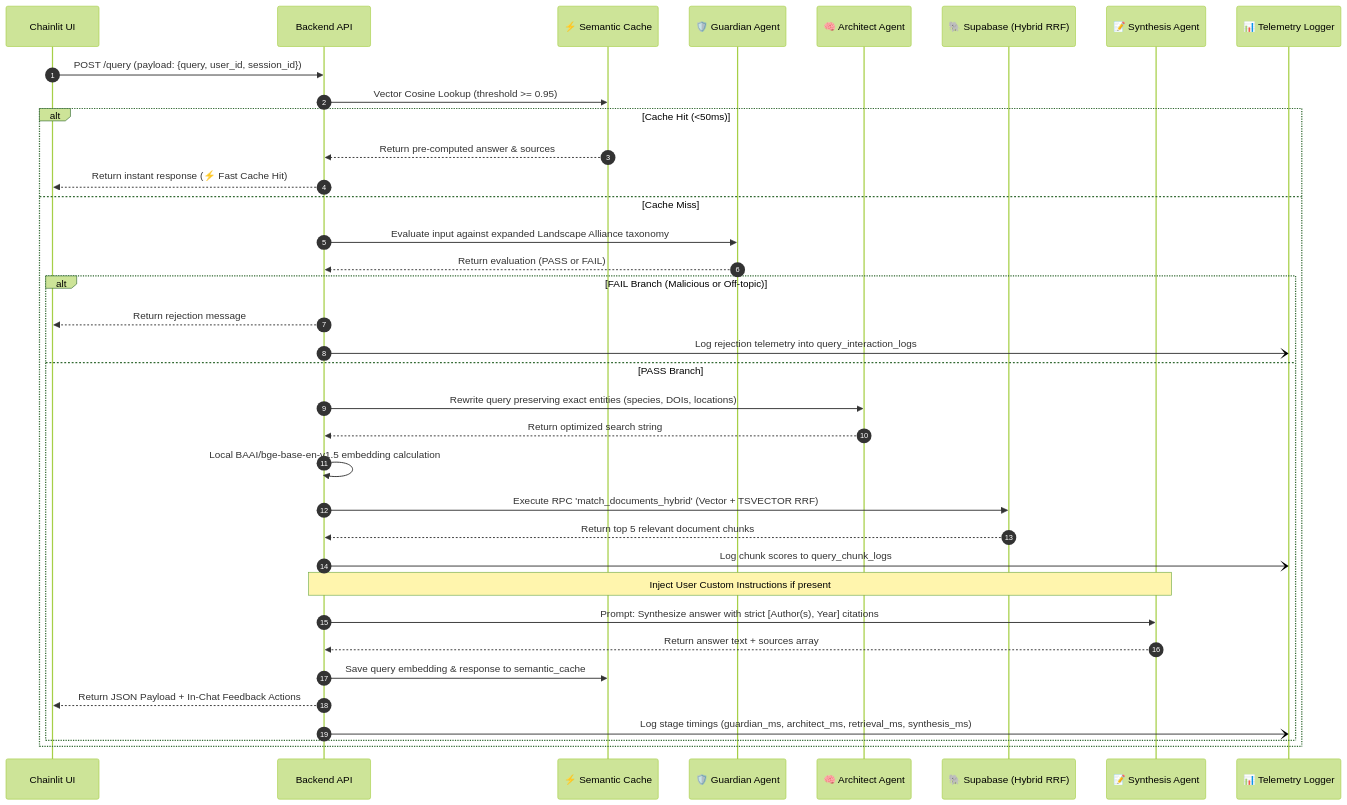
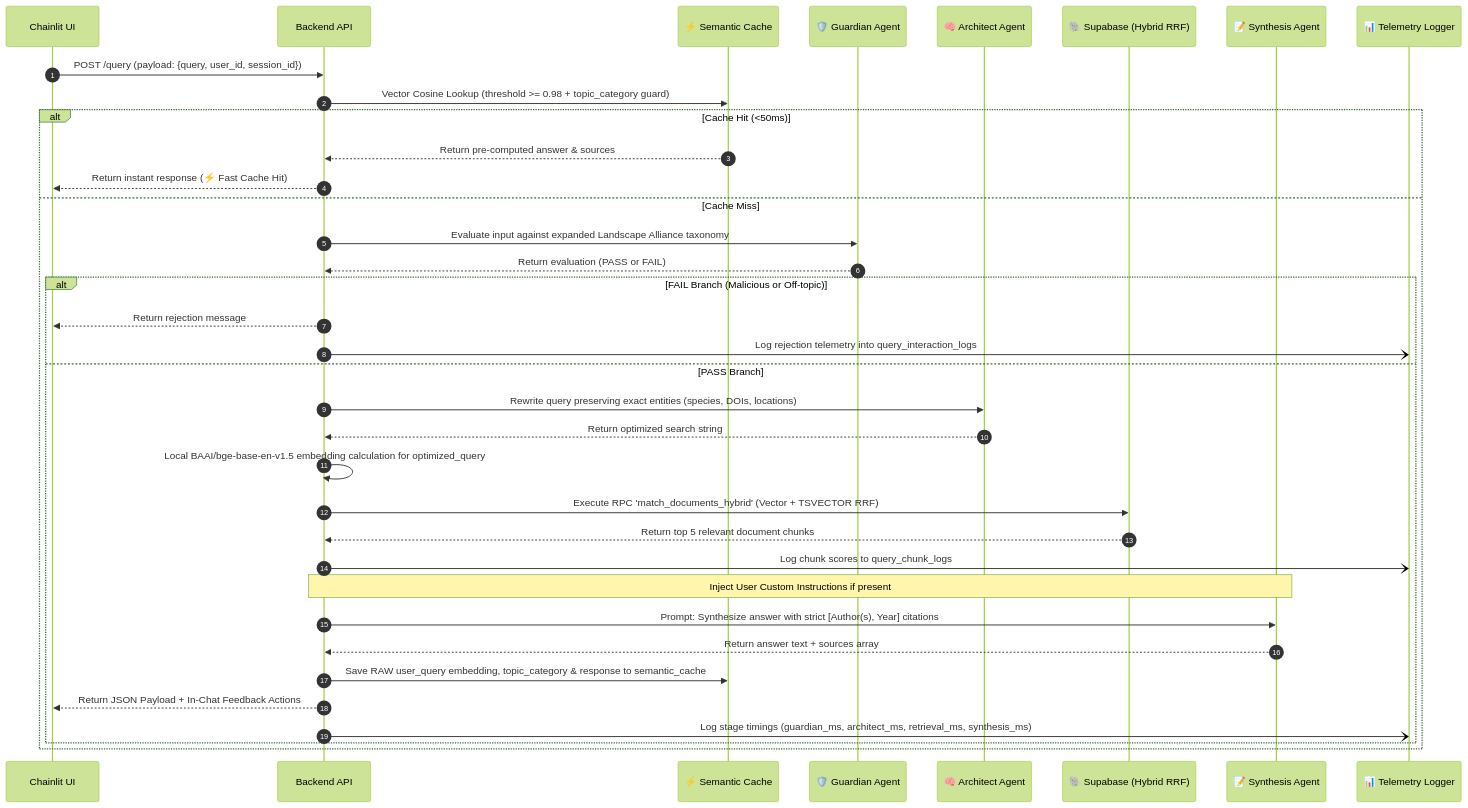
One commit to BongweKE/acAIcia changed the diagram in docs/backend_agents.md. Above: the diagram before and after it, drawn with Mermaid (forest theme). The commit also changed other lines of this file and 23 other files, not shown here.

````diff
--- a/docs/backend_agents.md
+++ b/docs/backend_agents.md
@@ -9,51 +9,51 @@
 ```mermaid
 sequenceDiagram
     autonumber
     
     participant UI as Chainlit UI
     participant BP as Backend API
     participant Cache as ⚡ Semantic Cache
     participant GA as 🛡️ Guardian Agent
     participant AA as 🧠 Architect Agent
     participant DB as 🐘 Supabase (Hybrid RRF)
     participant SA as 📝 Synthesis Agent
     participant Tel as 📊 Telemetry Logger
     
     UI->>BP: POST /query (payload: {query, user_id, session_id})
     
     %% Step 0: Semantic Cache Check
-    BP->>Cache: Vector Cosine Lookup (threshold >= 0.95)
+    BP->>Cache: Vector Cosine Lookup (threshold >= 0.98 + topic_category guard)
     alt Cache Hit (<50ms)
         Cache-->>BP: Return pre-computed answer & sources
         BP-->>UI: Return instant response (⚡ Fast Cache Hit)
     else Cache Miss
         %% Step 1: Guardian Check
         BP->>GA: Evaluate input against expanded Landscape Alliance taxonomy
         GA-->>BP: Return evaluation (PASS or FAIL)
         
         alt FAIL Branch (Malicious or Off-topic)
             BP-->>UI: Return rejection message
             BP-)Tel: Log rejection telemetry into query_interaction_logs
         else PASS Branch
             %% Step 2: Architect Optimization
             BP->>AA: Rewrite query preserving exact entities (species, DOIs, locations)
             AA-->>BP: Return optimized search string
             
             %% Step 3: Hybrid Retrieval (Dense Vector + Full-Text RRF)
-            BP->>BP: Local BAAI/bge-base-en-v1.5 embedding calculation
+            BP->>BP: Local BAAI/bge-base-en-v1.5 embedding calculation for optimized_query
             BP->>DB: Execute RPC 'match_documents_hybrid' (Vector + TSVECTOR RRF)
             DB-->>BP: Return top 5 relevant document chunks
             BP-)Tel: Log chunk scores to query_chunk_logs
             
             %% Step 4: Synthesis Agent
             Note over BP, SA: Inject User Custom Instructions if present
             BP->>SA: Prompt: Synthesize answer with strict [Author(s), Year] citations
             SA-->>BP: Return answer text + sources array
             
             %% Save to Cache & Telemetry
-            BP->>Cache: Save query embedding & response to semantic_cache
+            BP->>Cache: Save RAW user_query embedding, topic_category & response to semantic_cache
             BP-->>UI: Return JSON Payload + In-Chat Feedback Actions
             BP-)Tel: Log stage timings (guardian_ms, architect_ms, retrieval_ms, synthesis_ms)
         end
     end
 ```
````
